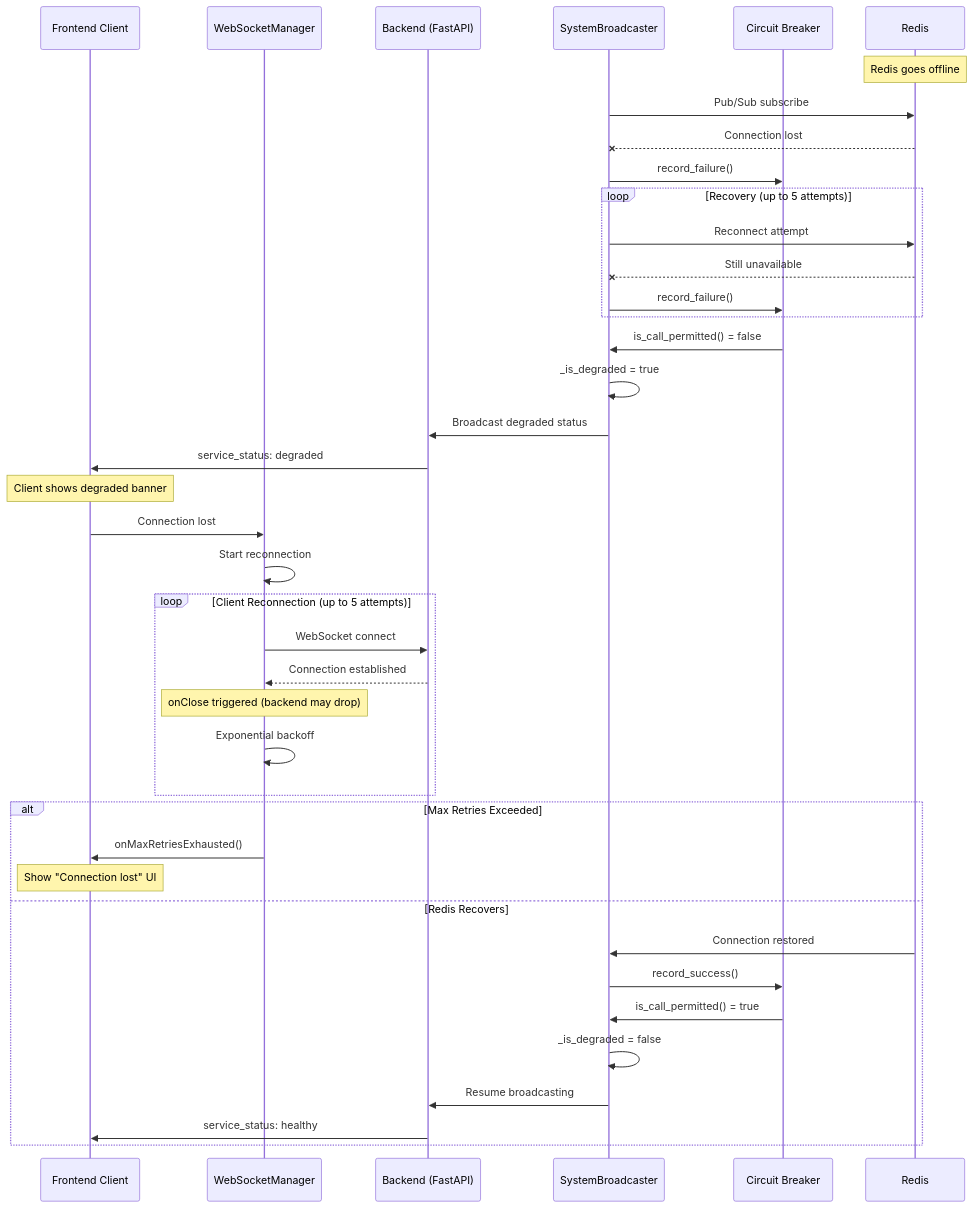
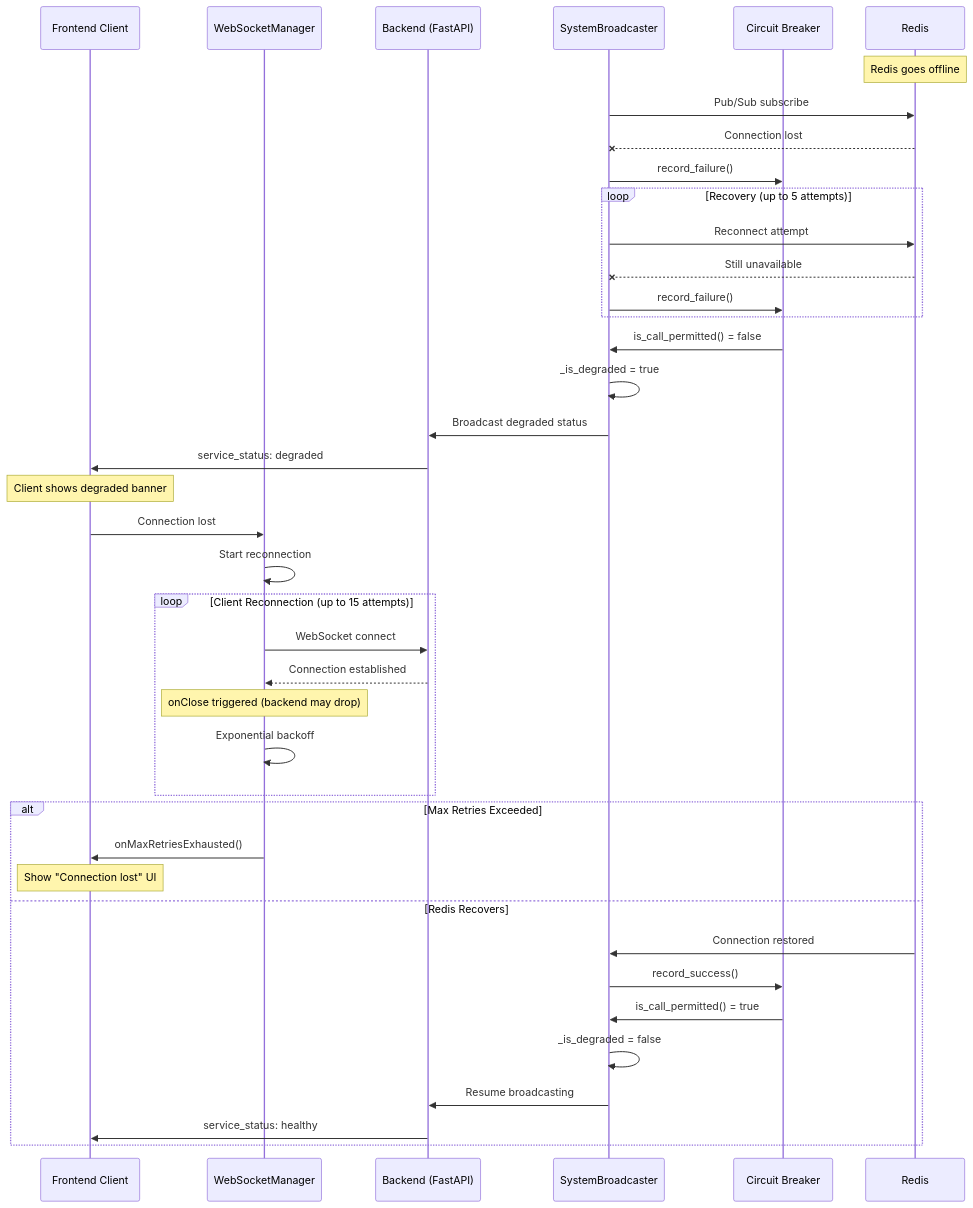
Before and after one commit to mikesvoboda/nemotron-v3-home-security-intelligence: diagram 15 of 15 in docs/architecture/resilience.md, drawn with Mermaid. The commit also changed other lines of this file and 231 other files, not shown here.

````diff
--- a/docs/architecture/resilience.md
+++ b/docs/architecture/resilience.md
@@ -1131,50 +1163,50 @@
 ```mermaid
 sequenceDiagram
     participant Client as Frontend Client
     participant WSM as WebSocketManager
     participant Backend as Backend (FastAPI)
     participant SB as SystemBroadcaster
     participant CB as Circuit Breaker
     participant Redis as Redis
 
     Note over Redis: Redis goes offline
 
     SB->>Redis: Pub/Sub subscribe
     Redis--xSB: Connection lost
     SB->>CB: record_failure()
 
     loop Recovery (up to 5 attempts)
         SB->>Redis: Reconnect attempt
         Redis--xSB: Still unavailable
         SB->>CB: record_failure()
     end
 
     CB->>SB: is_call_permitted() = false
     SB->>SB: _is_degraded = true
     SB->>Backend: Broadcast degraded status
     Backend->>Client: service_status: degraded
 
     Note over Client: Client shows degraded banner
 
     Client->>WSM: Connection lost
     WSM->>WSM: Start reconnection
 
-    loop Client Reconnection (up to 5 attempts)
+    loop Client Reconnection (up to 15 attempts)
         WSM->>Backend: WebSocket connect
         Backend-->>WSM: Connection established
         Note over WSM: onClose triggered (backend may drop)
         WSM->>WSM: Exponential backoff
     end
 
     alt Max Retries Exceeded
         WSM->>Client: onMaxRetriesExhausted()
         Note over Client: Show "Connection lost" UI
     else Redis Recovers
         Redis->>SB: Connection restored
         SB->>CB: record_success()
         CB->>SB: is_call_permitted() = true
         SB->>SB: _is_degraded = false
         SB->>Backend: Resume broadcasting
         Backend->>Client: service_status: healthy
     end
 ```
````
